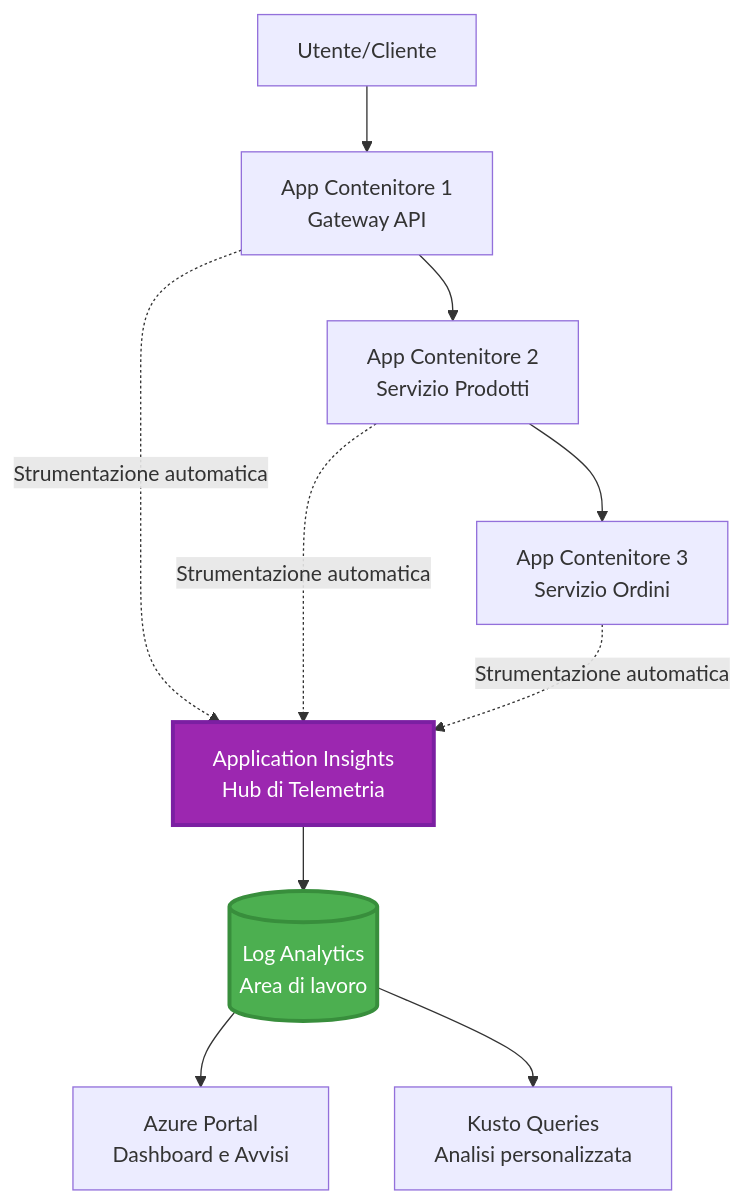
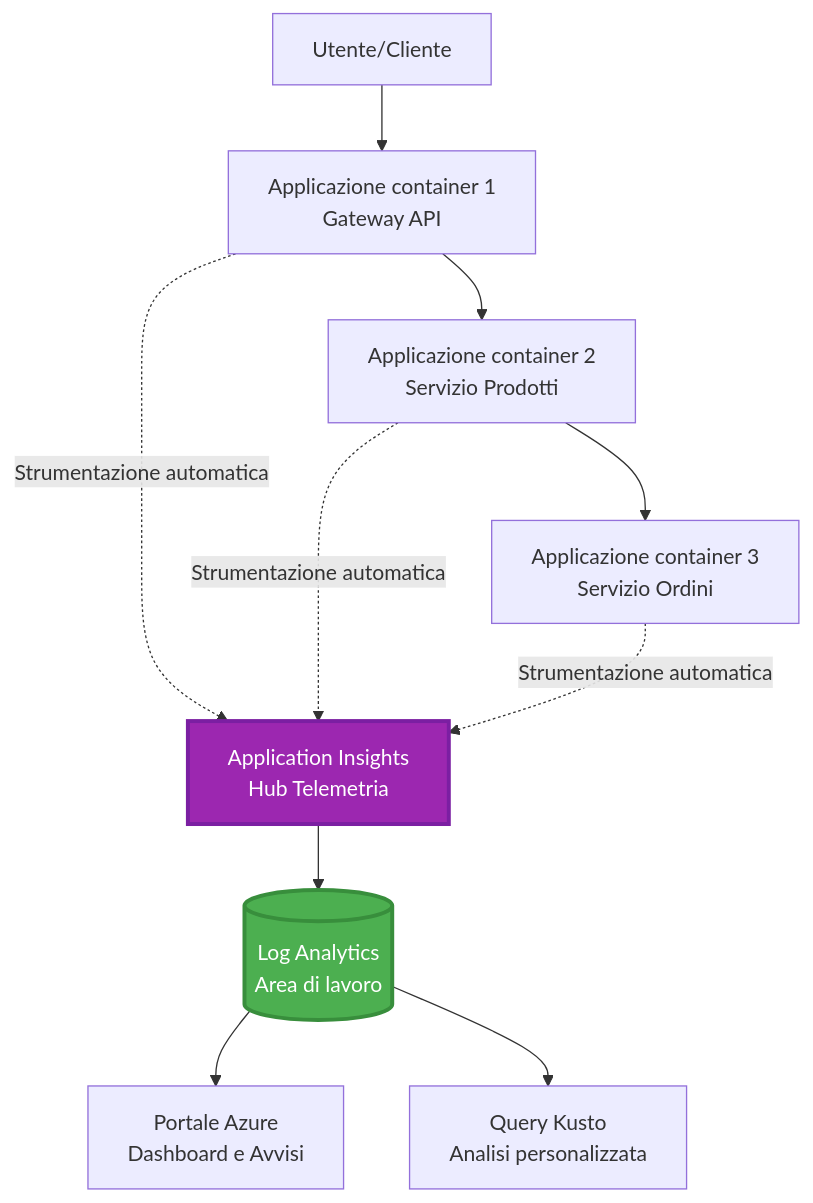
Before and after one commit to microsoft/AZD-for-beginners: the first of 2 diagrams in translations/it/docs/chapter-06-pre-deployment/application-insights.md, drawn with Mermaid. The commit also changed other lines of this file and 101 other files, not shown here.

````diff
--- a/translations/it/docs/chapter-06-pre-deployment/application-insights.md
+++ b/translations/it/docs/chapter-06-pre-deployment/application-insights.md
@@ -58,28 +58,28 @@
 ```mermaid
 graph TB
     User[Utente/Cliente]
-    App1[App Contenitore 1<br/>Gateway API]
-    App2[App Contenitore 2<br/>Servizio Prodotti]
-    App3[App Contenitore 3<br/>Servizio Ordini]
+    App1[Applicazione container 1<br/>Gateway API]
+    App2[Applicazione container 2<br/>Servizio Prodotti]
+    App3[Applicazione container 3<br/>Servizio Ordini]
     
-    AppInsights[Application Insights<br/>Hub di Telemetria]
+    AppInsights[Application Insights<br/>Hub Telemetria]
     LogAnalytics[(Log Analytics<br/>Area di lavoro)]
     
-    Portal[Azure Portal<br/>Dashboard e Avvisi]
-    Query[Kusto Queries<br/>Analisi personalizzata]
+    Portal[Portale Azure<br/>Dashboard e Avvisi]
+    Query[Query Kusto<br/>Analisi personalizzata]
     
     User --> App1
     App1 --> App2
     App2 --> App3
     
     App1 -.->|Strumentazione automatica| AppInsights
     App2 -.->|Strumentazione automatica| AppInsights
     App3 -.->|Strumentazione automatica| AppInsights
     
     AppInsights --> LogAnalytics
     LogAnalytics --> Portal
     LogAnalytics --> Query
     
     style AppInsights fill:#9C27B0,stroke:#7B1FA2,stroke-width:3px,color:#fff
     style LogAnalytics fill:#4CAF50,stroke:#388E3C,stroke-width:3px,color:#fff
 ```
````
